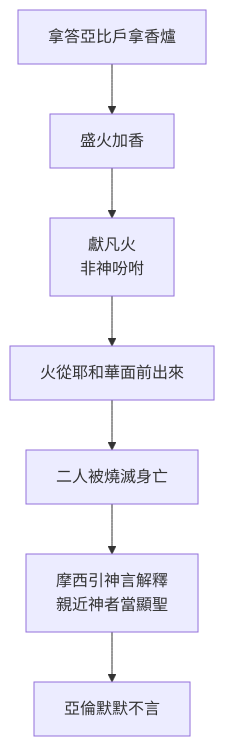
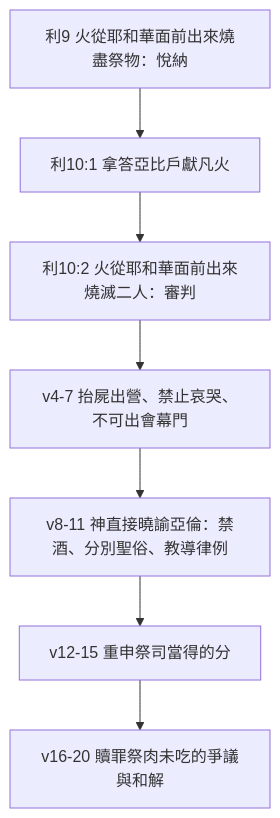
One commit to andyjr5566/Bible_wiki_zh changed the diagram in 03 利未記/第10章.md. Above: the diagram before and after it, drawn with Mermaid. The commit also changed other lines of this file and 34 other files, not shown here.

````diff
--- a/03 利未記/第10章.md
+++ b/03 利未記/第10章.md
@@ -74,9 +144,9 @@
 ```mermaid
 flowchart TD
-    A[拿答亞比戶拿香爐] --> B[盛火加香]
-    B --> C[獻凡火<br/>非神吩咐]
-    C --> D[火從耶和華面前出來]
-    D --> E[二人被燒滅身亡]
-    E --> F[摩西引神言解釋<br/>親近神者當顯聖]
-    F --> G[亞倫默默不言]
+    A["利9 火從耶和華面前出來燒盡祭物：悅納"] --> B["利10:1 拿答亞比戶獻凡火"]
+    B --> C["利10:2 火從耶和華面前出來燒滅二人：審判"]
+    C --> D["v4-7 抬屍出營、禁止哀哭、不可出會幕門"]
+    D --> E["v8-11 神直接曉諭亞倫：禁酒、分別聖俗、教導律例"]
+    E --> F["v12-15 重申祭司當得的分"]
+    F --> G["v16-20 贖罪祭肉未吃的爭議與和解"]
 ```
````
